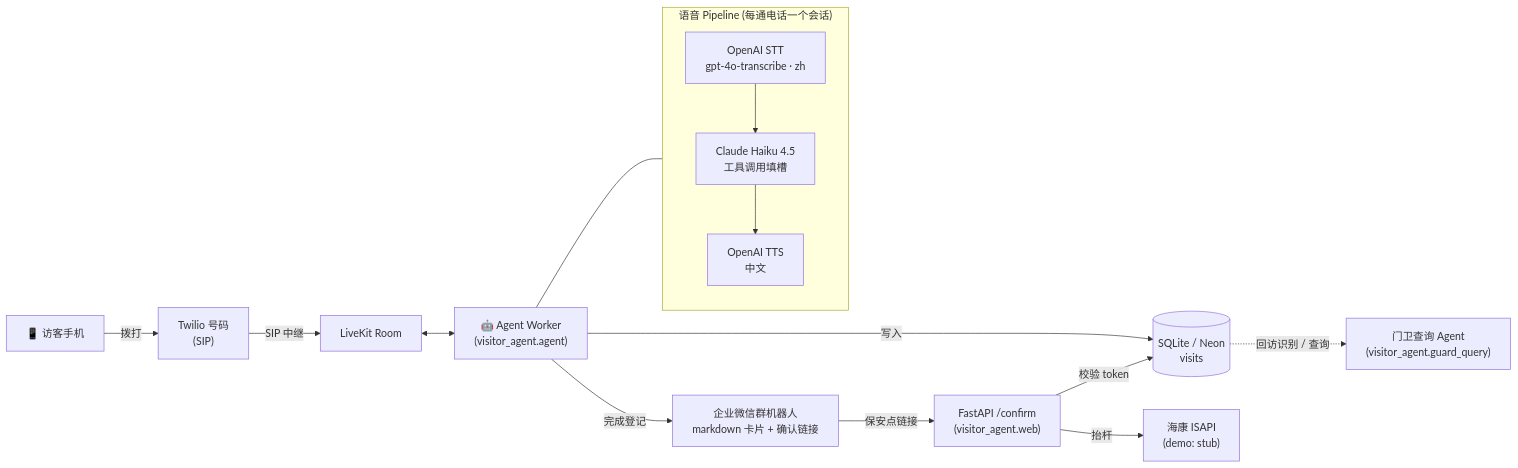
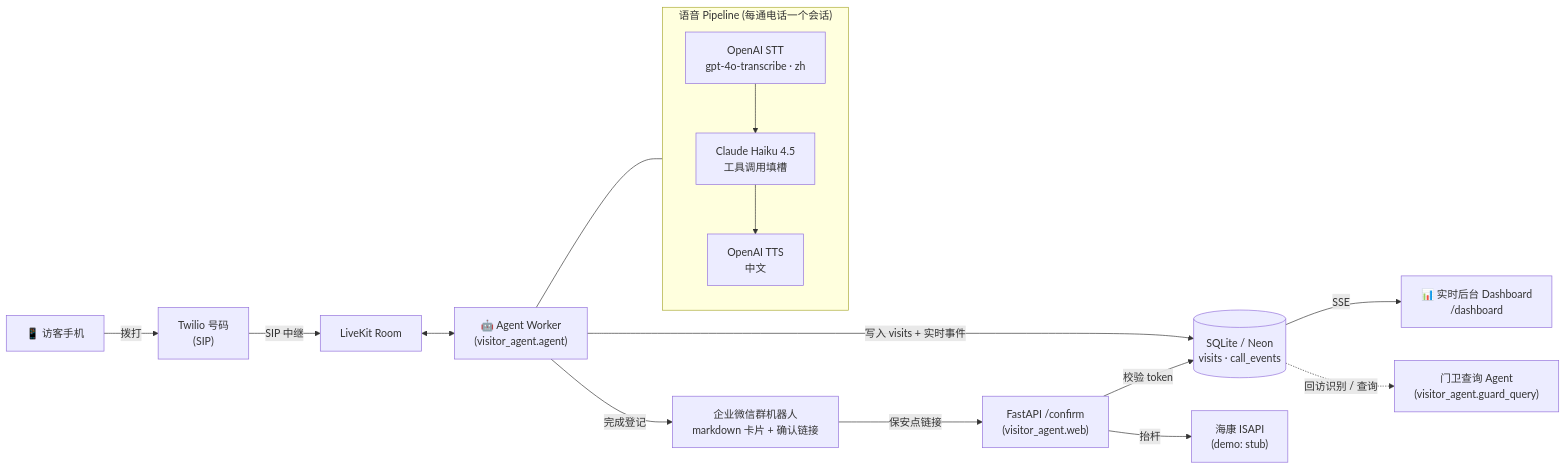
Before and after one commit to WeijieCao77/jingyu-task: the diagram in README.md, drawn with Mermaid. The commit also changed other lines of this file and 9 other files, not shown here.

````diff
--- a/README.md
+++ b/README.md
@@ -9,19 +10,20 @@
 ```mermaid
 flowchart LR
     Caller["📱 访客手机"] -->|拨打| Twilio["Twilio 号码<br/>(SIP)"]
     Twilio -->|SIP 中继| LK["LiveKit Room"]
     LK <--> Worker["🤖 Agent Worker<br/>(visitor_agent.agent)"]
 
     subgraph Pipeline["语音 Pipeline (每通电话一个会话)"]
       STT["OpenAI STT<br/>gpt-4o-transcribe · zh"] --> LLM["Claude Haiku 4.5<br/>工具调用填槽"] --> TTS["OpenAI TTS<br/>中文"]
     end
     Worker --- Pipeline
 
     Worker -->|完成登记| WeCom["企业微信群机器人<br/>markdown 卡片 + 确认链接"]
-    Worker -->|写入| DB[("SQLite / Neon<br/>visits")]
+    Worker -->|写入 visits + 实时事件| DB[("SQLite / Neon<br/>visits · call_events")]
+    DB -->|SSE| Dash["📊 实时后台 Dashboard<br/>/dashboard"]
     WeCom -->|保安点链接| Web["FastAPI /confirm<br/>(visitor_agent.web)"]
     Web -->|校验 token| DB
     Web -->|抬杆| Gate["海康 ISAPI<br/>(demo: stub)"]
 
     DB -.->|回访识别 / 查询| GQ["门卫查询 Agent<br/>(visitor_agent.guard_query)"]
 ```
````
